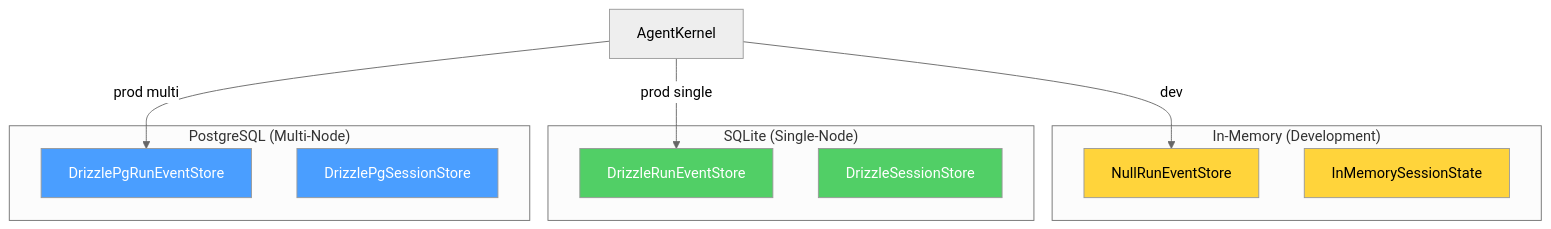
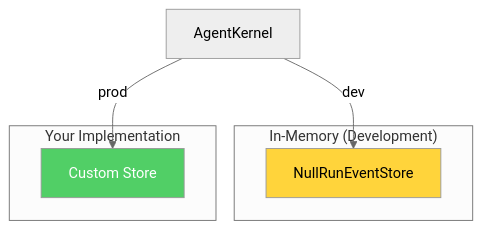
Before and after one commit to vinhnt-develop/vinhnt-sdk: the diagram in docs/guides/persistence.md, drawn with Mermaid (neutral theme). The commit also changed other lines of this file and 47 other files, not shown here.

````diff
--- a/docs/guides/persistence.md
+++ b/docs/guides/persistence.md
@@ -11,28 +11,16 @@
 ```mermaid
 graph TD
     subgraph "In-Memory (Development)"
         NULL["NullRunEventStore"]
-        IMS["InMemorySessionState"]
     end
 
-    subgraph "SQLite (Single-Node)"
-        DRZ["DrizzleRunEventStore"]
-        DSS["DrizzleSessionStore"]
-    end
-
-    subgraph "PostgreSQL (Multi-Node)"
-        PGR["DrizzlePgRunEventStore"]
-        PGS["DrizzlePgSessionStore"]
+    subgraph "Your Implementation"
+        CUSTOM["Custom Store"]
     end
 
     KERNEL["AgentKernel"] -->|"dev"| NULL
-    KERNEL -->|"prod single"| DRZ
-    KERNEL -->|"prod multi"| PGR
+    KERNEL -->|"prod"| CUSTOM
 
     style NULL fill:#ffd43b,color:#000
-    style IMS fill:#ffd43b,color:#000
-    style DRZ fill:#51cf66,color:#fff
-    style DSS fill:#51cf66,color:#fff
-    style PGR fill:#4a9eff,color:#fff
-    style PGS fill:#4a9eff,color:#fff
+    style CUSTOM fill:#51cf66,color:#fff
 ```
````
